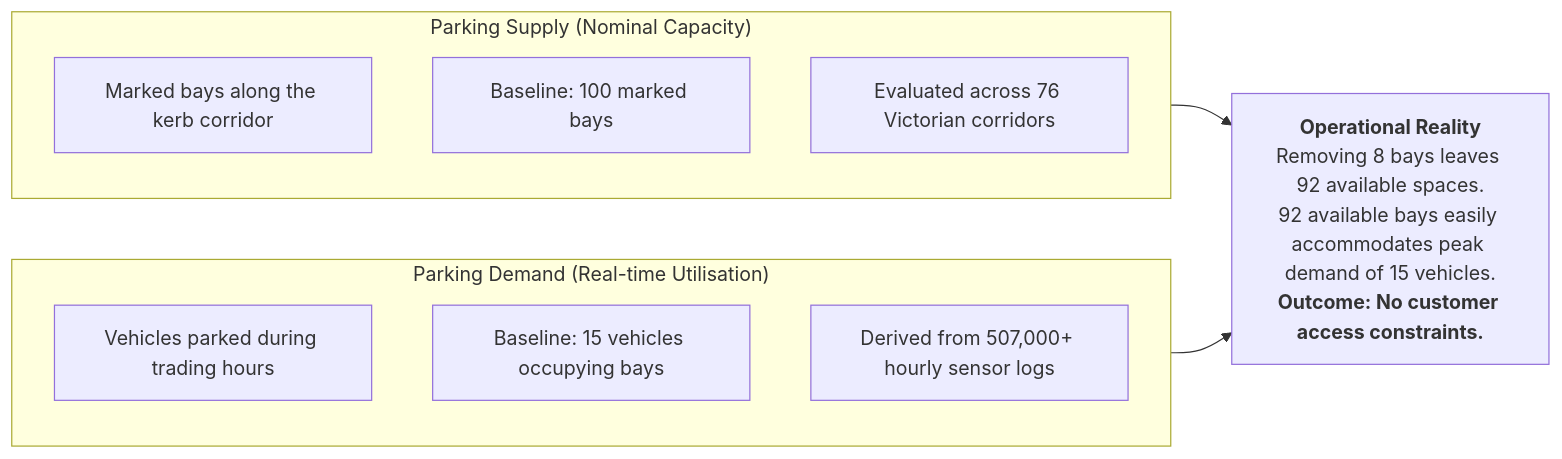
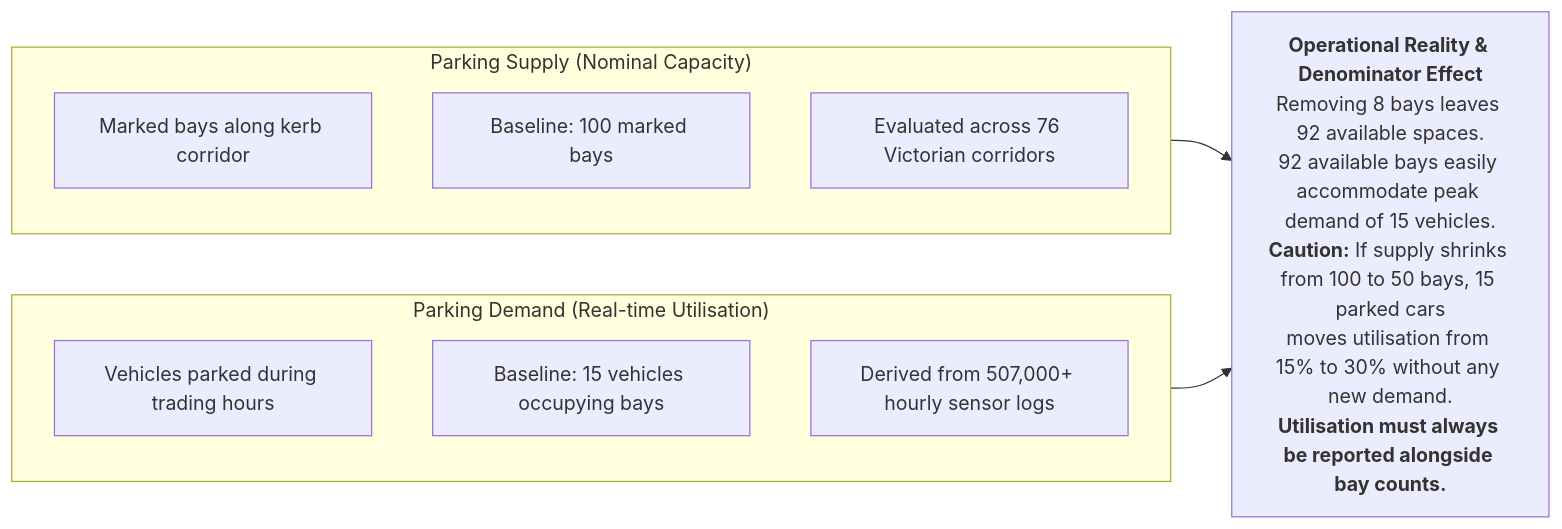
The second of 9 diagrams in team_b/PARKING_UTILISATION_INSIGHTS.md (rooien/urban-analysis), drawn with Mermaid before and after one commit. The commit also changed other lines of this file and 8 other files, not shown here.

````diff
--- a/team_b/PARKING_UTILISATION_INSIGHTS.md
+++ b/team_b/PARKING_UTILISATION_INSIGHTS.md
@@ -77,17 +89,17 @@
 ```mermaid
 flowchart LR
     subgraph Supply ["Parking Supply (Nominal Capacity)"]
-        S1["Marked bays along the kerb corridor"]
+        S1["Marked bays along kerb corridor"]
         S2["Baseline: 100 marked bays"]
         S3["Evaluated across 76 Victorian corridors"]
     end
 
     subgraph Demand ["Parking Demand (Real-time Utilisation)"]
         D1["Vehicles parked during trading hours"]
         D2["Baseline: 15 vehicles occupying bays"]
         D3["Derived from 507,000+ hourly sensor logs"]
     end
 
-    Supply --> Balance["<b>Operational Reality</b><br/>Removing 8 bays leaves 92 available spaces.<br/>92 available bays easily accommodates peak demand of 15 vehicles.<br/><b>Outcome: No customer access constraints.</b>"]
+    Supply --> Balance["<b>Operational Reality & Denominator Effect</b><br/>Removing 8 bays leaves 92 available spaces.<br/>92 available bays easily accommodate peak demand of 15 vehicles.<br/><b>Caution:</b> If supply shrinks from 100 to 50 bays, 15 parked cars<br/>moves utilisation from 15% to 30% without any new demand.<br/><b>Utilisation must always be reported alongside bay counts.</b>"]
     Demand --> Balance
 ```
````
